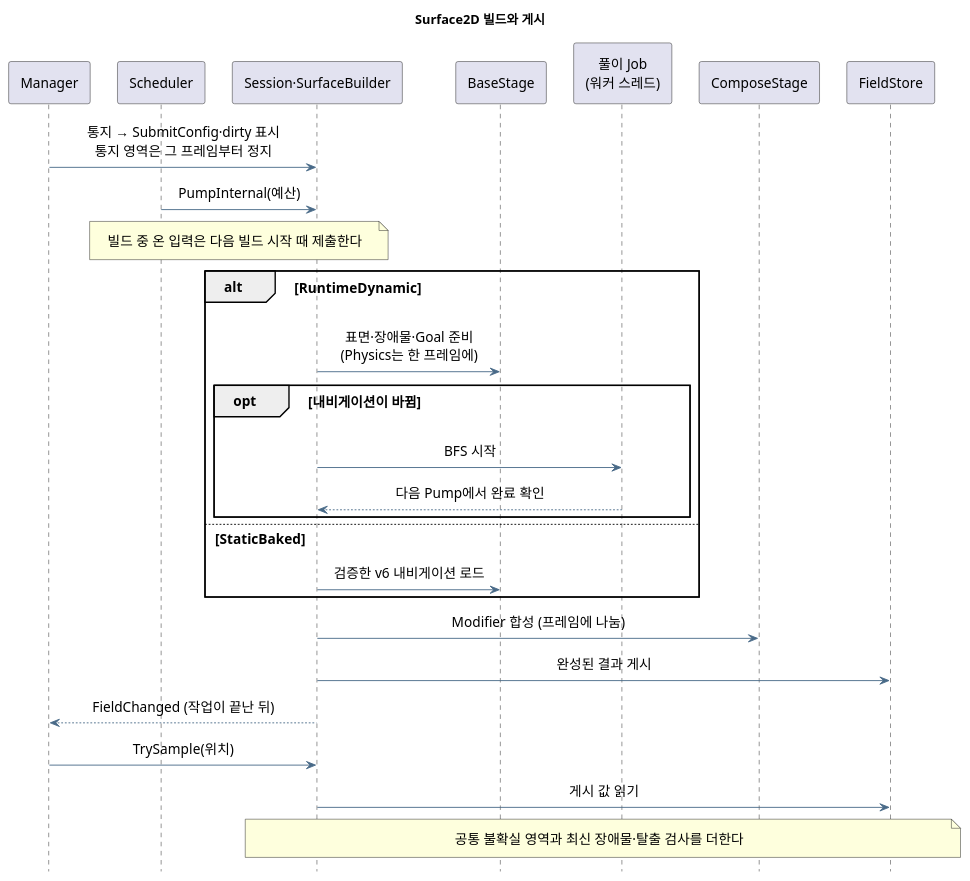
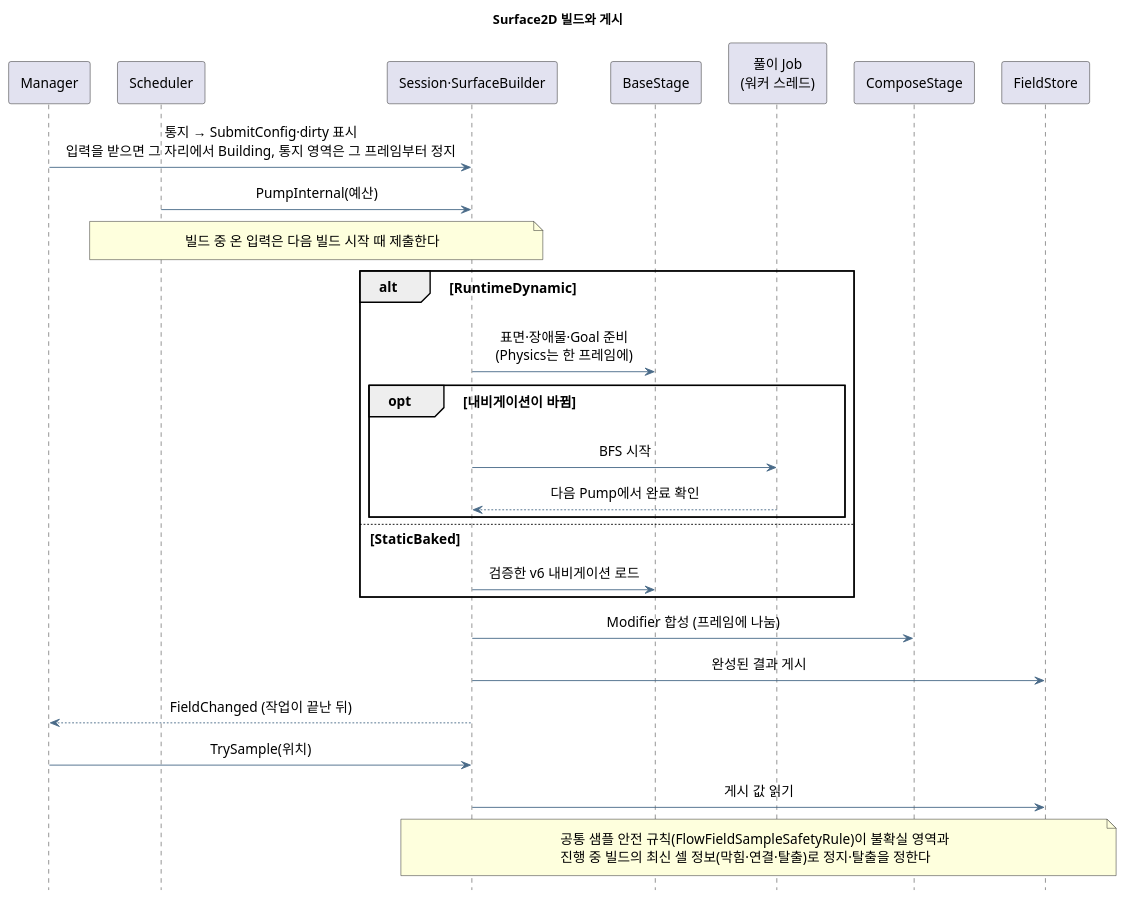
One commit to youwonsock/tool-unity-editor changed the diagram in ToyProject/Assets/_FlowField/Docs/flowfield-surface.puml. Above: the diagram before and after it, drawn with PlantUML. The commit also changed 4 other files, not shown here.

```diff
--- a/ToyProject/Assets/_FlowField/Docs/flowfield-surface.puml
+++ b/ToyProject/Assets/_FlowField/Docs/flowfield-surface.puml
@@ -1,38 +1,38 @@
 @startuml flowfield-surface
 skinparam shadowing false
 skinparam defaultFontName "Apple SD Gothic Neo"
 skinparam defaultFontSize 15
 skinparam ArrowColor #496A88
 skinparam Padding 6
 skinparam sequenceMessageAlign center
 skinparam ParticipantPadding 10
 hide footbox
 title Surface2D 빌드와 게시
 
 participant "Manager" as M
 participant "Scheduler" as Q
 participant "Session·SurfaceBuilder" as S
 participant "BaseStage" as B
 participant "풀이 Job\n(워커 스레드)" as J
 participant "ComposeStage" as C
 participant "FieldStore" as P
 
-M -> S : 통지 → SubmitConfig·dirty 표시\n통지 영역은 그 프레임부터 정지
+M -> S : 통지 → SubmitConfig·dirty 표시\n입력을 받으면 그 자리에서 Building, 통지 영역은 그 프레임부터 정지
 Q -> S : PumpInternal(예산)
 note over Q,S : 빌드 중 온 입력은 다음 빌드 시작 때 제출한다
 alt RuntimeDynamic
   S -> B : 표면·장애물·Goal 준비\n(Physics는 한 프레임에)
   opt 내비게이션이 바뀜
     S -> J : BFS 시작
     J --> S : 다음 Pump에서 완료 확인
   end
 else StaticBaked
   S -> B : 검증한 v6 내비게이션 로드
 end
 S -> C : Modifier 합성 (프레임에 나눔)
 S -> P : 완성된 결과 게시
 S --> M : FieldChanged (작업이 끝난 뒤)
 M -> S : TrySample(위치)
 S -> P : 게시 값 읽기
-note over S,P : 공통 불확실 영역과 최신 장애물·탈출 검사를 더한다
+note over S,P : 공통 샘플 안전 규칙(FlowFieldSampleSafetyRule)이 불확실 영역과\n진행 중 빌드의 최신 셀 정보(막힘·연결·탈출)로 정지·탈출을 정한다
 @enduml
```
